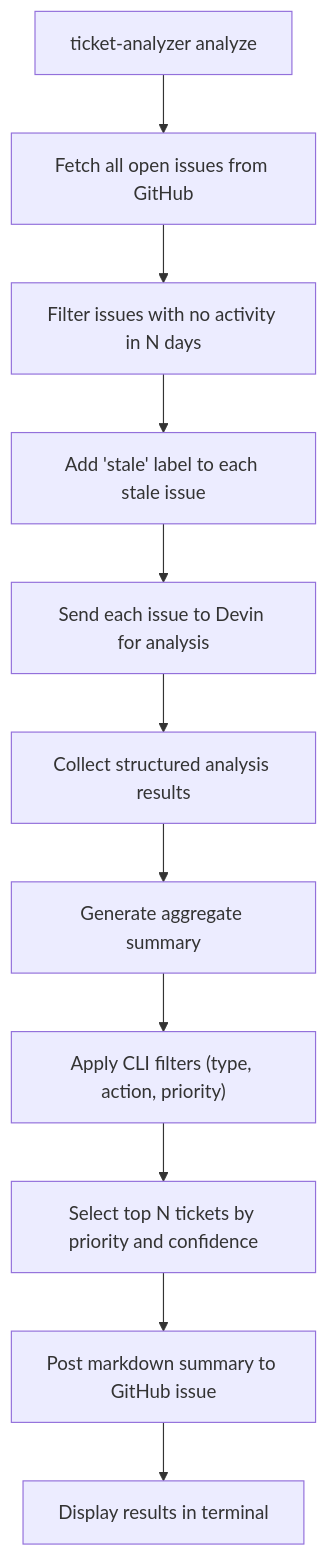
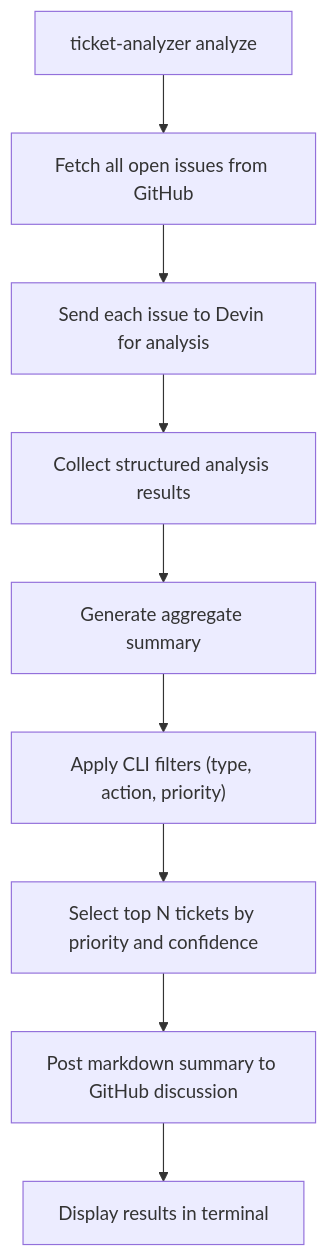
One commit to papatel5698/ticket-automation-tool changed the second of 3 diagrams in README.md. Above: the diagram before and after it, drawn with Mermaid. The commit also changed other lines of this file and 9 other files, not shown here.

````diff
--- a/README.md
+++ b/README.md
@@ -262,13 +251,11 @@
 ```mermaid
 flowchart TD
     Start["ticket-analyzer analyze"] --> FetchIssues["Fetch all open issues from GitHub"]
-    FetchIssues --> FilterStale["Filter issues with no activity in N days"]
-    FilterStale --> LabelStale["Add 'stale' label to each stale issue"]
-    LabelStale --> SendToDevin["Send each issue to Devin for analysis"]
+    FetchIssues --> SendToDevin["Send each issue to Devin for analysis"]
     SendToDevin --> CollectResults["Collect structured analysis results"]
     CollectResults --> GenSummary["Generate aggregate summary"]
     GenSummary --> ApplyFilters["Apply CLI filters (type, action, priority)"]
     ApplyFilters --> TopN["Select top N tickets by priority and confidence"]
-    TopN --> PostGitHub["Post markdown summary to GitHub issue"]
+    TopN --> PostGitHub["Post markdown summary to GitHub discussion"]
     PostGitHub --> Display["Display results in terminal"]
 ```
````
